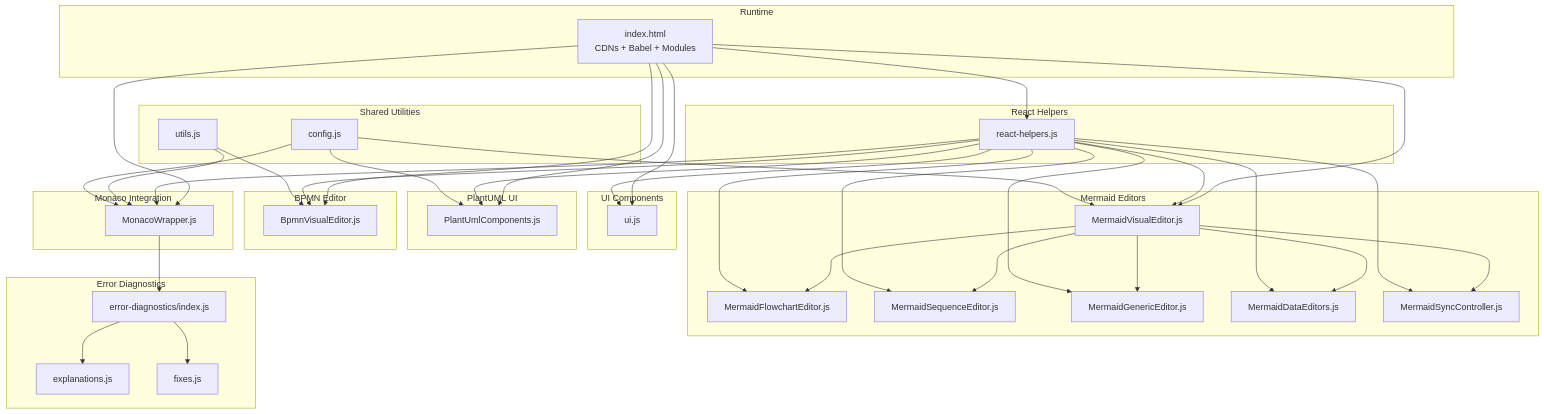
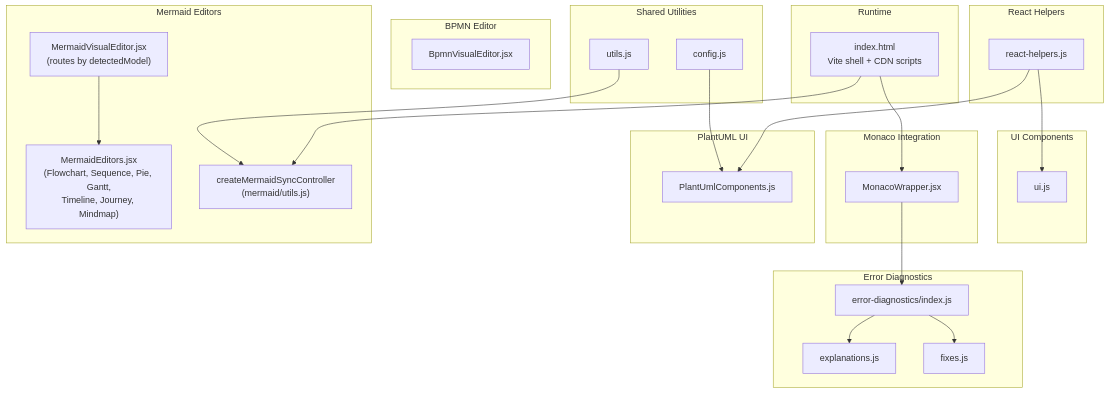
The first of 9 diagrams in .qoder/repowiki/en/content/Editor Architecture/Component Architecture.md (ongchonghian/universal-diagram-editor), drawn with Mermaid before and after one commit. The commit also changed other lines of this file and 31 other files, not shown here.

````diff
--- a/.qoder/repowiki/en/content/Editor Architecture/Component Architecture.md
+++ b/.qoder/repowiki/en/content/Editor Architecture/Component Architecture.md
@@ -48,67 +45,45 @@
 ```mermaid
 graph TB
 subgraph "Runtime"
-A["index.html<br/>CDNs + Babel + Modules"]
+A["index.html<br/>Vite shell + CDN scripts"]
 end
 subgraph "React Helpers"
 RH["react-helpers.js"]
 end
 subgraph "Shared Utilities"
 U["utils.js"]
 CFG["config.js"]
 end
 subgraph "UI Components"
 UI["ui.js"]
 end
 subgraph "Monaco Integration"
-MW["MonacoWrapper.js"]
+MW["MonacoWrapper.jsx"]
 end
 subgraph "PlantUML UI"
 PU["PlantUmlComponents.js"]
 end
 subgraph "BPMN Editor"
-BPMN["BpmnVisualEditor.js"]
+BPMN["BpmnVisualEditor.jsx"]
 end
 subgraph "Mermaid Editors"
-MMain["MermaidVisualEditor.js"]
-MFlow["MermaidFlowchartEditor.js"]
-MSeq["MermaidSequenceEditor.js"]
-MGen["MermaidGenericEditor.js"]
-MData["MermaidDataEditors.js"]
-MSync["MermaidSyncController.js"]
+MMain["MermaidVisualEditor.jsx<br/>(routes by detectedModel)"]
+MEds["MermaidEditors.jsx<br/>(Flowchart, Sequence, Pie, Gantt,<br/>Timeline, Journey, Mindmap)"]
+MSync["createMermaidSyncController<br/>(mermaid/utils.js)"]
 end
 subgraph "Error Diagnostics"
 EDIdx["error-diagnostics/index.js"]
 EXPL["explanations.js"]
 FIX["fixes.js"]
 end
-A --> RH
-A --> UI
 A --> MW
-A --> PU
-A --> BPMN
-A --> MMain
-MMain --> MFlow
-MMain --> MSeq
-MMain --> MGen
-MMain --> MData
-MMain --> MSync
+A --> MSync
+MMain --> MEds
 MW --> EDIdx
 EDIdx --> EXPL
 EDIdx --> FIX
 RH --> UI
-RH --> MW
 RH --> PU
-RH --> BPMN
-RH --> MMain
-RH --> MFlow
-RH --> MSeq
-RH --> MGen
-RH --> MData
-RH --> MSync
-U --> MW
-U --> BPMN
-CFG --> MW
+U --> MSync
 CFG --> PU
-CFG --> MMain
 ```
````
